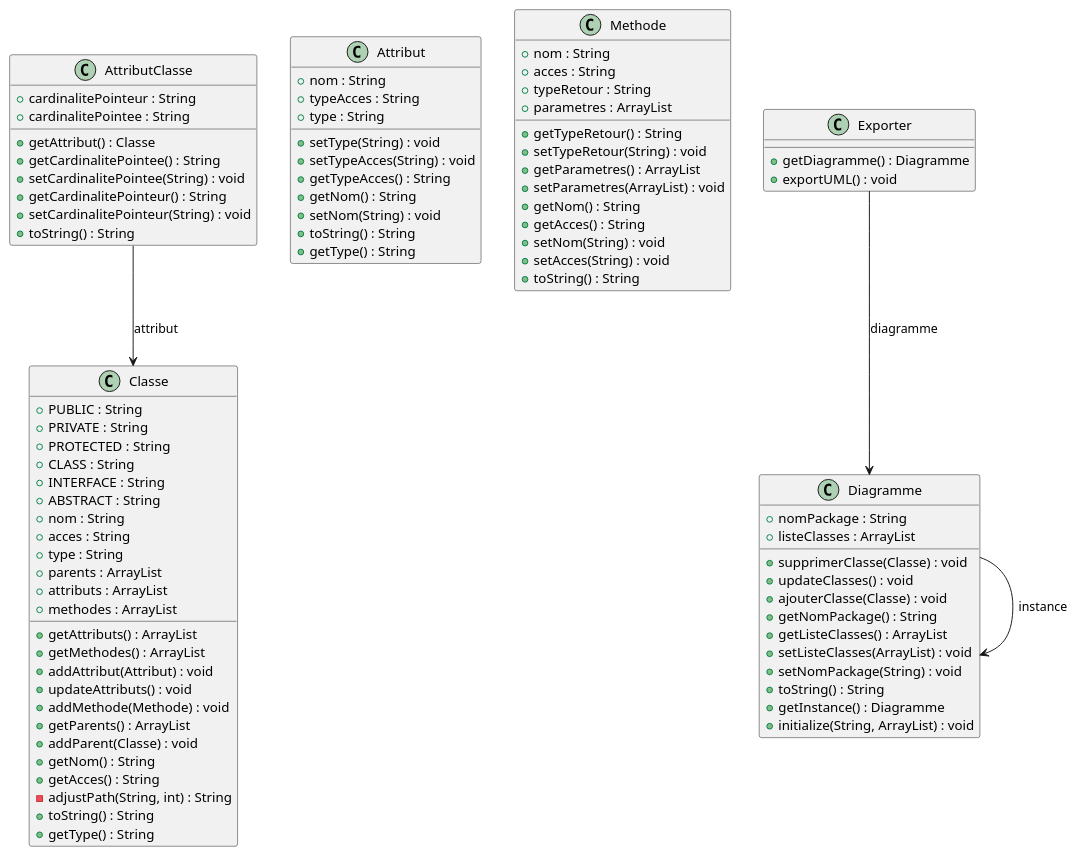
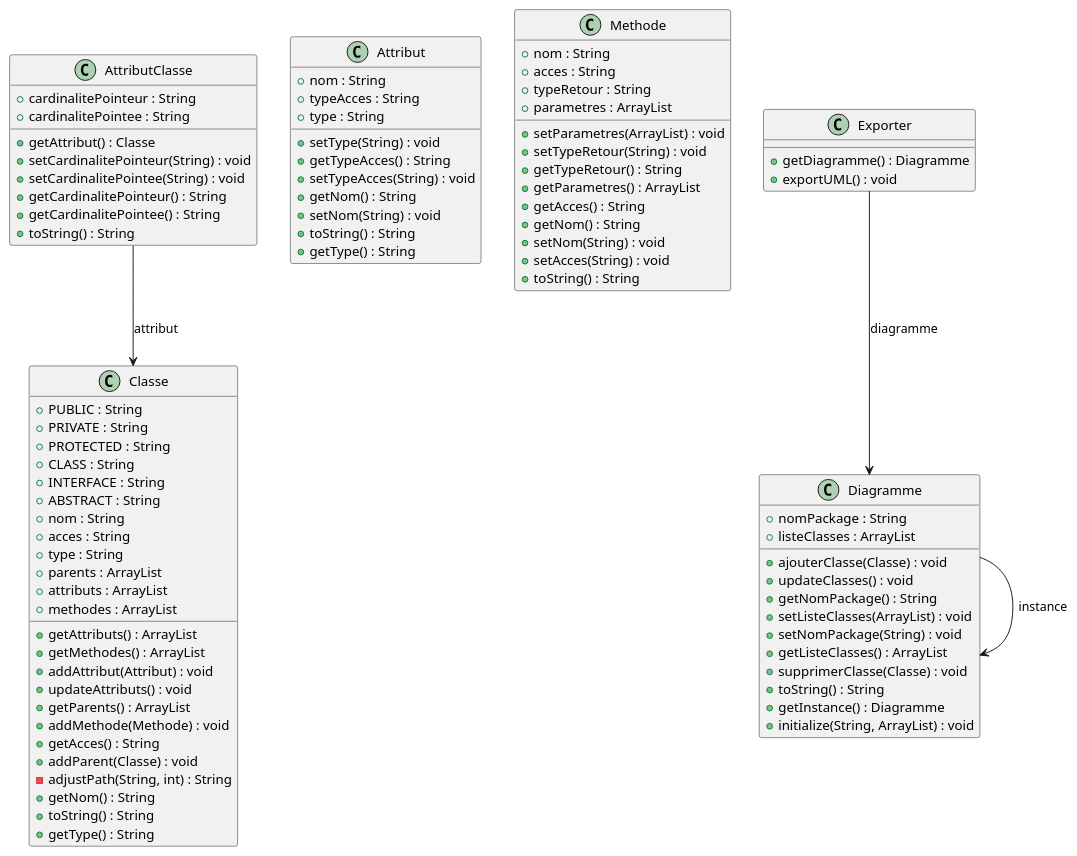
Before and after one commit to remi-choffat/S3-01: the diagram in diagramme.puml, drawn with PlantUML. The commit also changed other lines of this file and 4 other files, not shown here.

```diff
--- a/diagramme.puml
+++ b/diagramme.puml
@@ -1,86 +1,86 @@
 @startuml
 class Classe {
 +PUBLIC : String
 +PRIVATE : String
 +PROTECTED : String
 +CLASS : String
 +INTERFACE : String
 +ABSTRACT : String
 +nom : String
 +acces : String
 +type : String
 +parents : ArrayList
 +attributs : ArrayList
 +methodes : ArrayList
 + getAttributs() : ArrayList
 + getMethodes() : ArrayList
 + addAttribut(Attribut) : void
 + updateAttributs() : void
++ getParents() : ArrayList
 + addMethode(Methode) : void
-+ getParents() : ArrayList
++ getAcces() : String
 + addParent(Classe) : void
+- adjustPath(String, int) : String
 + getNom() : String
-+ getAcces() : String
-- adjustPath(String, int) : String
 + toString() : String
 + getType() : String
 }
 class AttributClasse {
 +cardinalitePointeur : String
 +cardinalitePointee : String
 + getAttribut() : Classe
-+ getCardinalitePointee() : String
++ setCardinalitePointeur(String) : void
 + setCardinalitePointee(String) : void
 + getCardinalitePointeur() : String
-+ setCardinalitePointeur(String) : void
++ getCardinalitePointee() : String
 + toString() : String
 }
 AttributClasse --> Classe : attribut
 class Attribut {
 +nom : String
 +typeAcces : String
 +type : String
 + setType(String) : void
++ getTypeAcces() : String
 + setTypeAcces(String) : void
-+ getTypeAcces() : String
 + getNom() : String
 + setNom(String) : void
 + toString() : String
 + getType() : String
 }
 class Methode {
 +nom : String
 +acces : String
 +typeRetour : String
 +parametres : ArrayList
++ setParametres(ArrayList) : void
++ setTypeRetour(String) : void
 + getTypeRetour() : String
-+ setTypeRetour(String) : void
 + getParametres() : ArrayList
-+ setParametres(ArrayList) : void
++ getAcces() : String
 + getNom() : String
-+ getAcces() : String
 + setNom(String) : void
 + setAcces(String) : void
 + toString() : String
 }
+class Exporter {
++ getDiagramme() : Diagramme
++ exportUML() : void
+}
+Exporter --> Diagramme : diagramme
 class Diagramme {
 +nomPackage : String
 +listeClasses : ArrayList
-+ supprimerClasse(Classe) : void
++ ajouterClasse(Classe) : void
 + updateClasses() : void
-+ ajouterClasse(Classe) : void
 + getNomPackage() : String
-+ getListeClasses() : ArrayList
 + setListeClasses(ArrayList) : void
 + setNomPackage(String) : void
++ getListeClasses() : ArrayList
++ supprimerClasse(Classe) : void
 + toString() : String
 + getInstance() : Diagramme
 + initialize(String, ArrayList) : void
 }
 Diagramme --> Diagramme : instance
-class Exporter {
-+ getDiagramme() : Diagramme
-+ exportUML() : void
-}
-Exporter --> Diagramme : diagramme
 @enduml
```
